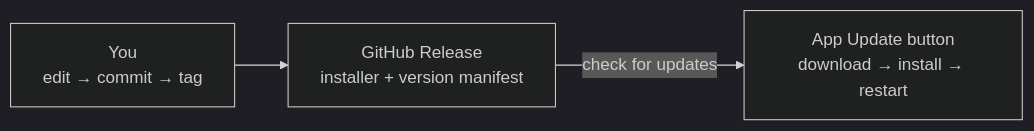
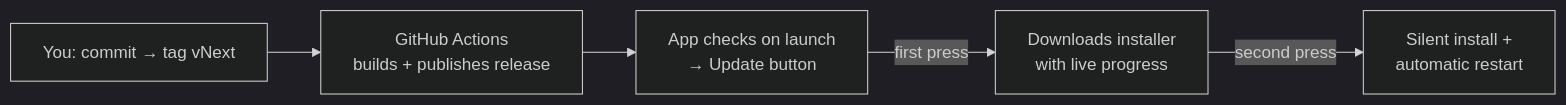
Before and after one commit to MMS-21/ai-tell: the third of 3 diagrams in README.md, drawn with Mermaid (dark theme). The commit also changed other lines of this file, not shown here.

Commit message:
Document the release process and live update flow

````diff
--- a/README.md
+++ b/README.md
@@ -197,5 +216,7 @@
 ```mermaid
 flowchart LR
-    Dev["You<br/>edit → commit → tag"] --> GH["GitHub Release<br/>installer + version manifest"]
-    GH -->|"check for updates"| App["App Update button<br/>download → install → restart"]
+    Dev["You: commit → tag vNext"] --> CI["GitHub Actions<br/>builds + publishes release"]
+    CI --> App["App checks on launch<br/>→ Update button"]
+    App -->|first press| DL["Downloads installer<br/>with live progress"]
+    DL -->|second press| Inst["Silent install +<br/>automatic restart"]
 ```
````
